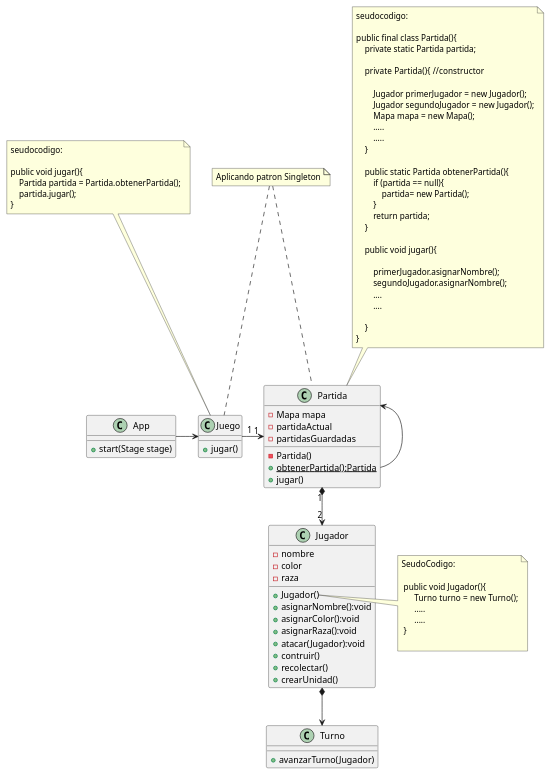
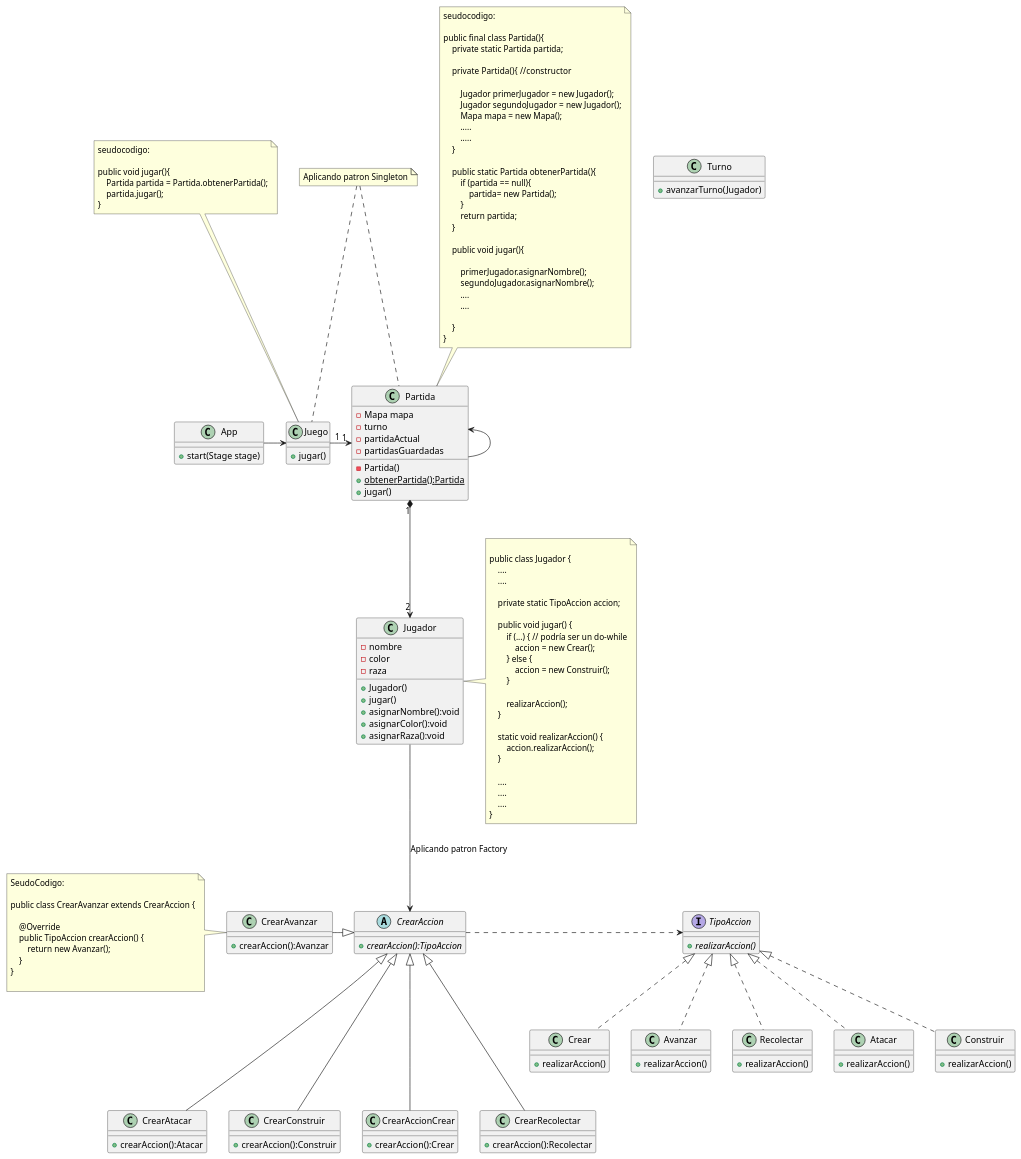
The diagram in diagrams/classes/ModeloVersion3-Partida.puml (GiaWong/Algo3_TP2_2C2022), drawn with PlantUML before and after one commit.

Commit message:
Aplicando patron Strategy a Jugador - DiagramaClase

```diff
--- a/diagrams/classes/ModeloVersion3-Partida.puml
+++ b/diagrams/classes/ModeloVersion3-Partida.puml
@@ -16,6 +16,7 @@
 
 class Partida {
      -Mapa mapa
+     -turno
      - partidaActual
      - partidasGuardadas
      - Partida()
@@ -65,26 +66,18 @@
     - nombre
     - color
     - raza
+
     + Jugador()
+    + jugar()
     + asignarNombre():void
     + asignarColor():void
     + asignarRaza():void
-    + atacar(Jugador):void
-    + contruir()
-    + recolectar()
-    + crearUnidad()
+
 
 }
-note right of Jugador::Jugador
-  SeudoCodigo:
 
-   public void Jugador(){
-        Turno turno = new Turno();
-        .....
-        .....
-   }
 
-end note
+
 
 
 class Turno {
@@ -104,7 +97,6 @@
 
 Partida "1" *-down->"2"Jugador
 
-Jugador*-down->Turno
 App -> Juego
 
 
@@ -113,4 +105,112 @@
 Partida .left. N2
 N2 .. Juego
 
+
+
+interface TipoAccion{
+    +{abstract}realizarAccion()
+
+}
+
+class Avanzar{
+    +realizarAccion()
+}
+
+
+
+
+class Recolectar{
+    +realizarAccion()
+}
+class Atacar{
+    +realizarAccion()
+}
+class Construir{
+    +realizarAccion()
+}
+class Crear{
+    +realizarAccion()
+}
+
+
+TipoAccion<|.. Avanzar
+TipoAccion<|.. Recolectar
+TipoAccion<|.. Atacar
+TipoAccion<|.. Construir
+TipoAccion<|.. Crear
+
+abstract CrearAccion{
+    +{abstract}crearAccion():TipoAccion
+}
+class CrearAvanzar{
+    +crearAccion():Avanzar
+}
+note left of CrearAvanzar
+SeudoCodigo:
+
+public class CrearAvanzar extends CrearAccion {
+
+    @Override
+    public TipoAccion crearAccion() {
+        return new Avanzar();
+    }
+}
+
+end note
+
+
+
+class CrearRecolectar{
+    +crearAccion():Recolectar
+}
+class CrearAtacar{
+    +crearAccion():Atacar
+}
+class CrearConstruir{
+    +crearAccion():Construir
+}
+class CrearAccionCrear{
+    +crearAccion():Crear
+}
+
+CrearAccion .right.> TipoAccion
+
+CrearAccion <|-left- CrearAvanzar
+CrearAccion <|--- CrearRecolectar
+CrearAccion <|--- CrearAtacar
+CrearAccion <|--- CrearConstruir
+CrearAccion <|--- CrearAccionCrear
+
+
+Jugador --> CrearAccion: Aplicando patron Factory
+
+
+note right of Jugador
+
+    public class Jugador {
+        ....
+        ....
+
+        private static TipoAccion accion;
+
+        public void jugar() {
+            if (...) { // podría ser un do-while
+                accion = new Crear();
+            } else {
+                accion = new Construir();
+            }
+
+            realizarAccion();
+        }
+
+        static void realizarAccion() {
+            accion.realizarAccion();
+        }
+
+        ....
+        ....
+        ....
+    }
+end note
+
 @enduml
```
